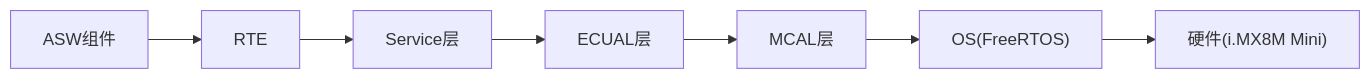
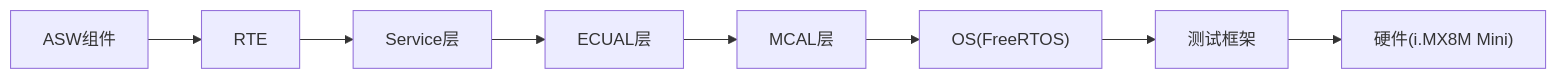
Before and after one commit to frisky1985/yuleASR: the eighth of 8 diagrams in .qoder/repowiki/zh/content/项目概览.md, drawn with Mermaid. The commit also changed other lines of this file and 12 other files, not shown here.

````diff
--- a/.qoder/repowiki/zh/content/项目概览.md
+++ b/.qoder/repowiki/zh/content/项目概览.md
@@ -339,9 +496,10 @@
 ```mermaid
 graph LR
 ASW["ASW组件"] --> RTE["RTE"]
 RTE --> SVC["Service层"]
 SVC --> ECUAL["ECUAL层"]
 ECUAL --> MCAL["MCAL层"]
 MCAL --> OS["OS(FreeRTOS)"]
-OS --> HW["硬件(i.MX8M Mini)"]
+OS --> TEST["测试框架"]
+TEST --> HW["硬件(i.MX8M Mini)"]
 ```
````
